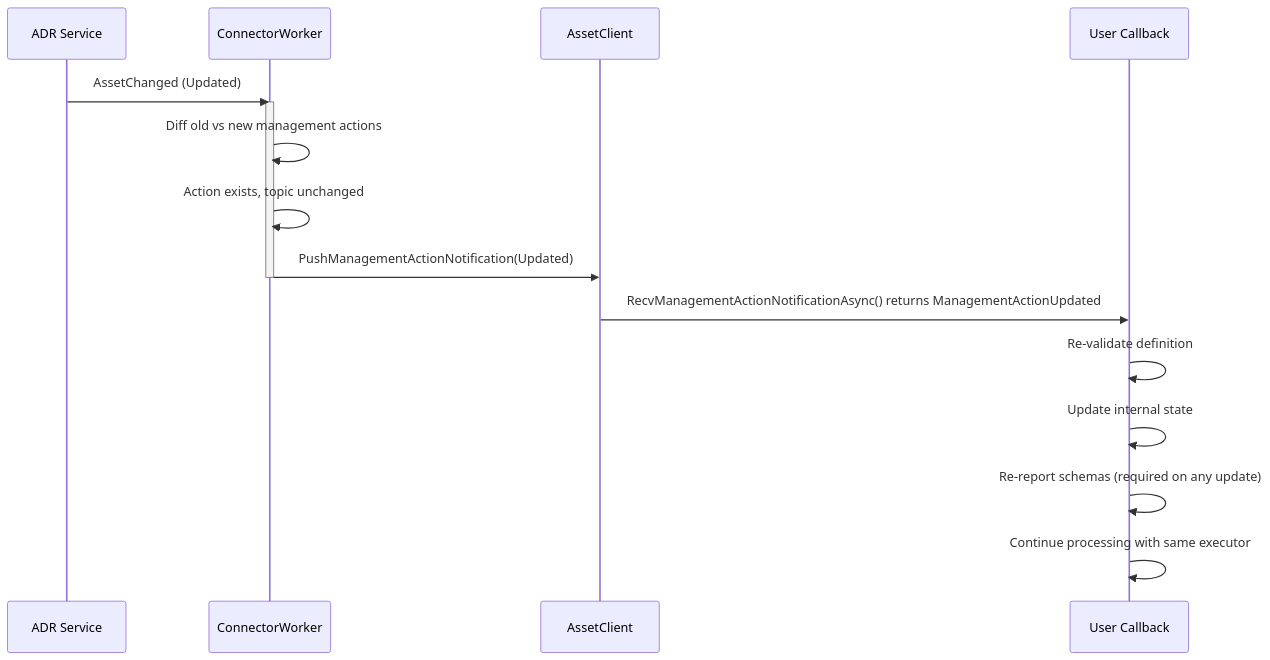
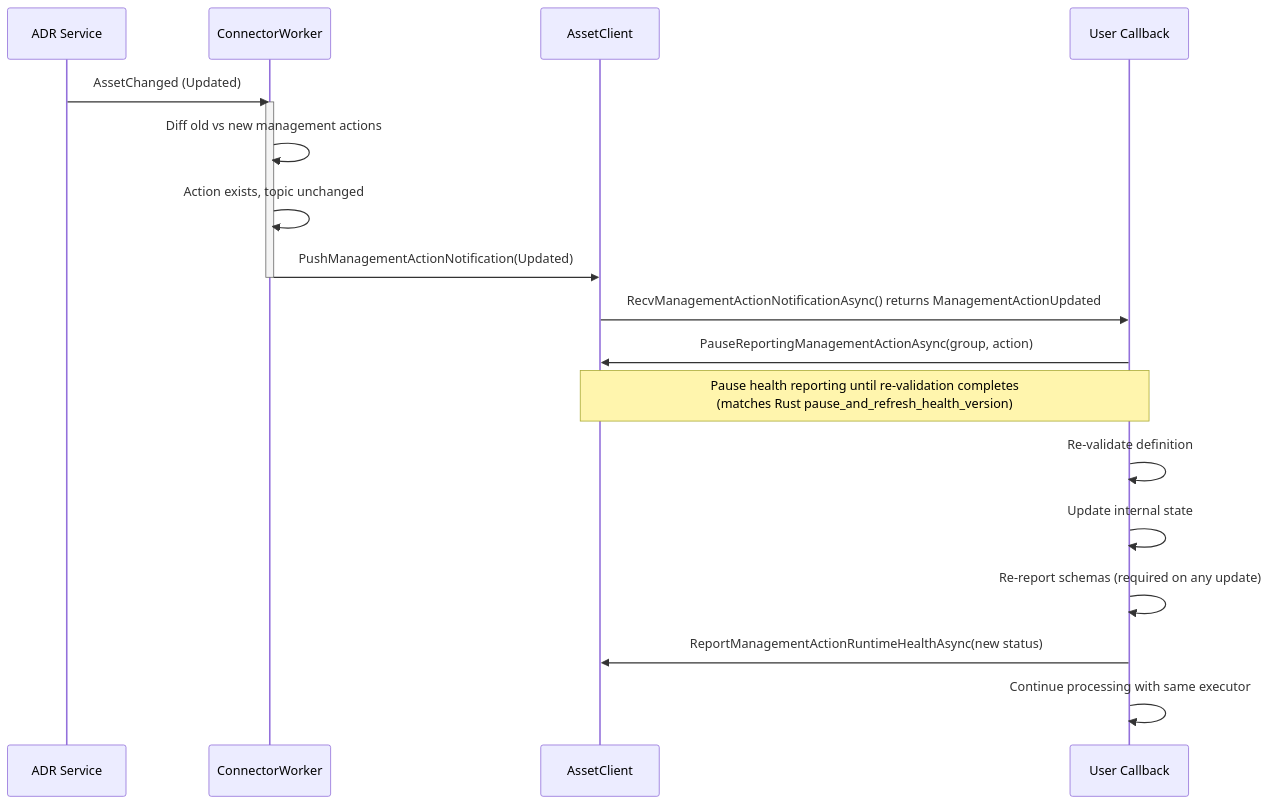
The sixth of 10 diagrams in doc/dev/tmp/management-action-implementation-design.md (Azure/iot-operations-sdks), drawn with Mermaid before and after one commit. The commit also changed other lines of this file and 18 other files, not shown here.

Commit message:
feat: Implement Management Action Connector with initial API and configuration

````diff
--- a/doc/dev/tmp/management-action-implementation-design.md
+++ b/doc/dev/tmp/management-action-implementation-design.md
@@ -696,21 +704,24 @@
 ```mermaid
 sequenceDiagram
     participant ADR as ADR Service
     participant CW as ConnectorWorker
     participant AC as AssetClient
     participant User as User Callback
 
     ADR->>CW: AssetChanged (Updated)
     activate CW
     CW->>CW: Diff old vs new management actions
     CW->>CW: Action exists, topic unchanged
 
     CW->>AC: PushManagementActionNotification(Updated)
     deactivate CW
     AC->>User: RecvManagementActionNotificationAsync() returns ManagementActionUpdated
 
+    User->>AC: PauseReportingManagementActionAsync(group, action)
+    Note over User,AC: Pause health reporting until re-validation completes<br/>(matches Rust pause_and_refresh_health_version)
     User->>User: Re-validate definition
     User->>User: Update internal state
     User->>User: Re-report schemas (required on any update)
+    User->>AC: ReportManagementActionRuntimeHealthAsync(new status)
     User->>User: Continue processing with same executor
 ```
````
